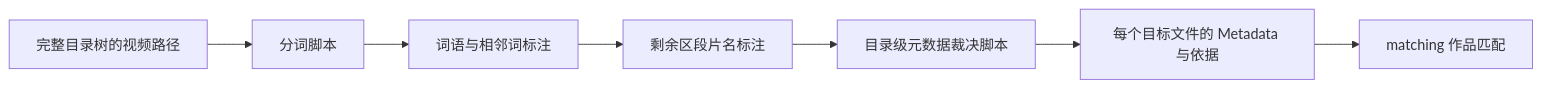
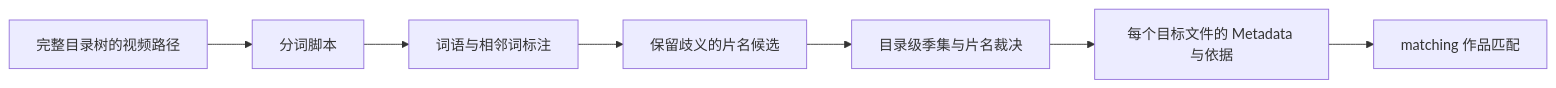
The diagram in docs/RECOGNITION.md (guhh110/JoyCurator), drawn with Mermaid before and after one commit. The commit also changed other lines of this file and 17 other files, not shown here.

````diff
--- a/docs/RECOGNITION.md
+++ b/docs/RECOGNITION.md
@@ -5,9 +5,9 @@
 ```mermaid
 flowchart LR
   A[完整目录树的视频路径] --> B[分词脚本]
   B --> C[词语与相邻词标注]
-  C --> T[剩余区段片名标注]
-  T --> D[目录级元数据裁决脚本]
+  C --> T[保留歧义的片名候选]
+  T --> D[目录级季集与片名裁决]
   D --> E[每个目标文件的 Metadata 与依据]
   E --> F[matching 作品匹配]
 ```
````
